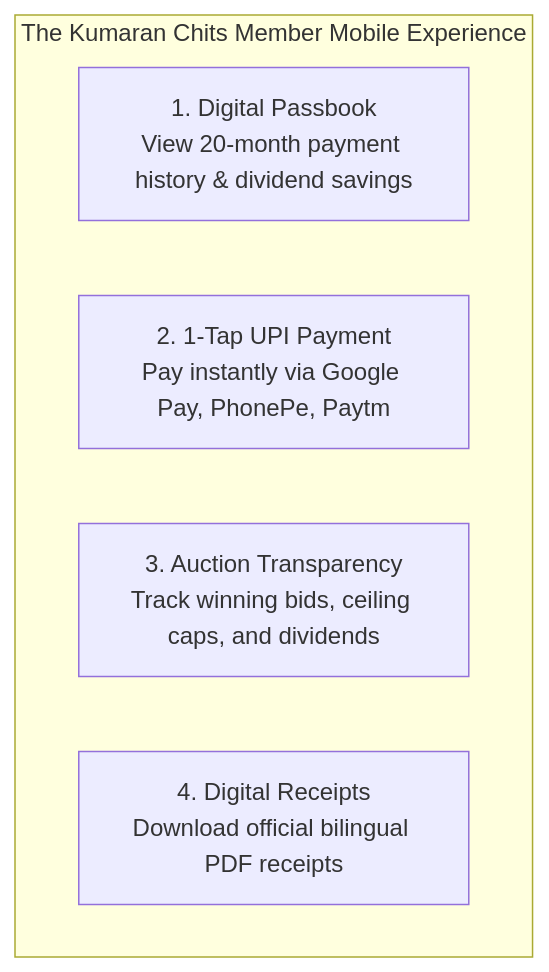
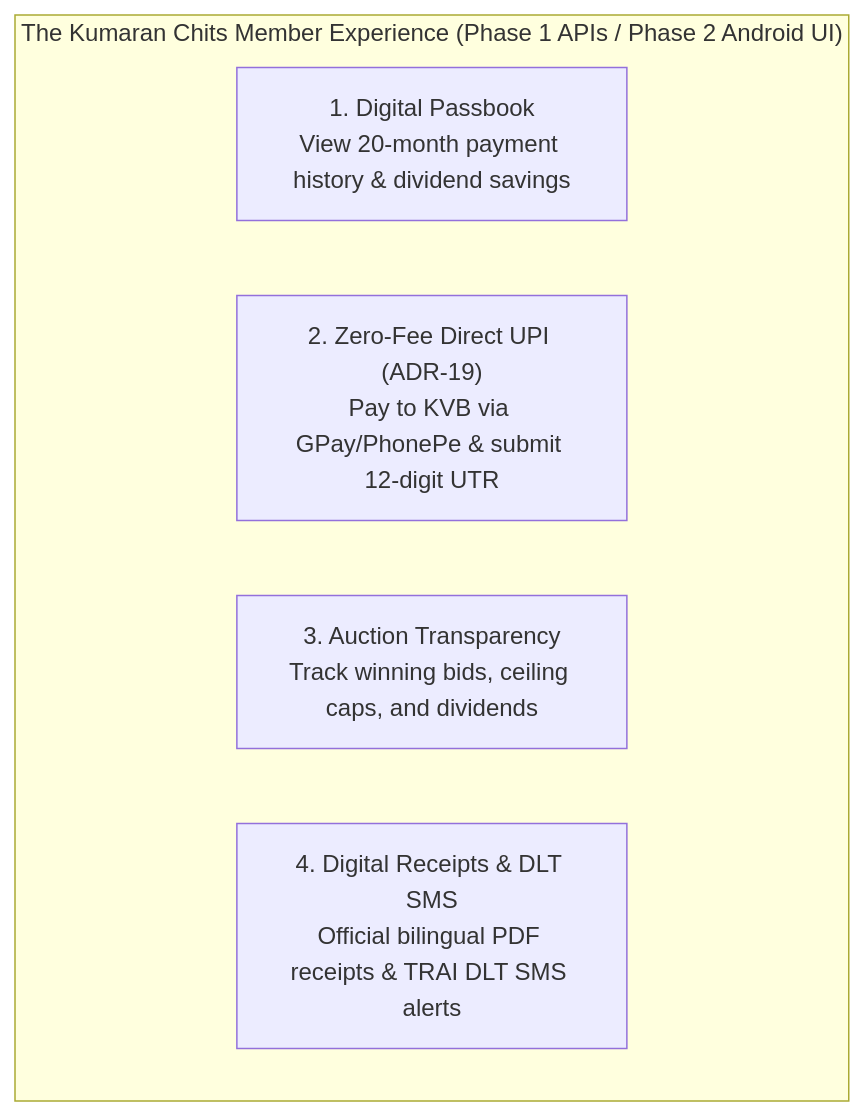
One commit to Kathir-24/Kumaran-finance changed the first of 10 diagrams in docs/07-operations/user-manuals/customer-app-guide.md. Above: the diagram before and after it, drawn with Mermaid. The commit also changed other lines of this file and 4 other files, not shown here.

````diff
--- a/docs/07-operations/user-manuals/customer-app-guide.md
+++ b/docs/07-operations/user-manuals/customer-app-guide.md
@@ -20,9 +23,9 @@
 ```mermaid
 flowchart TD
-    subgraph CUSTOMER_APP ["The Kumaran Chits Member Mobile Experience"]
+    subgraph CUSTOMER_APP ["The Kumaran Chits Member Experience (Phase 1 APIs / Phase 2 Android UI)"]
         Passbook["1. Digital Passbook\nView 20-month payment history & dividend savings"]
-        Pay["2. 1-Tap UPI Payment\nPay instantly via Google Pay, PhonePe, Paytm"]
+        Pay["2. Zero-Fee Direct UPI (ADR-19)\nPay to KVB via GPay/PhonePe & submit 12-digit UTR"]
         Auction["3. Auction Transparency\nTrack winning bids, ceiling caps, and dividends"]
-        Receipt["4. Digital Receipts\nDownload official bilingual PDF receipts"]
+        Receipt["4. Digital Receipts & DLT SMS\nOfficial bilingual PDF receipts & TRAI DLT SMS alerts"]
     end
 ```
````
